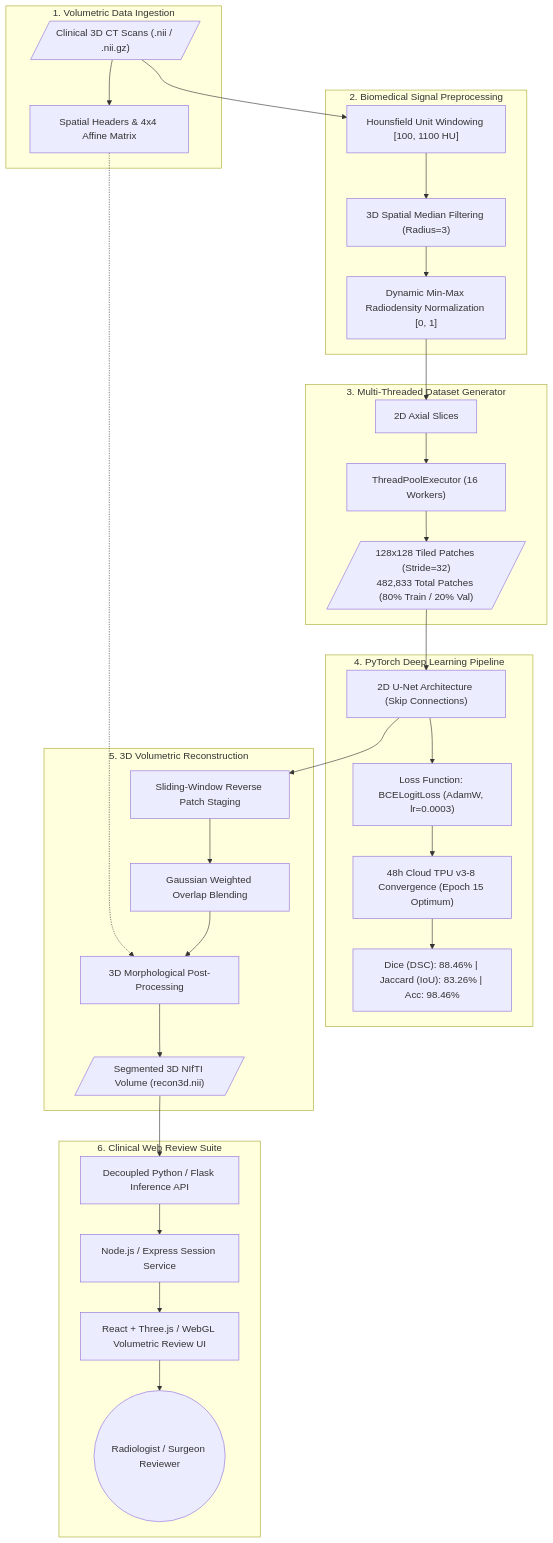
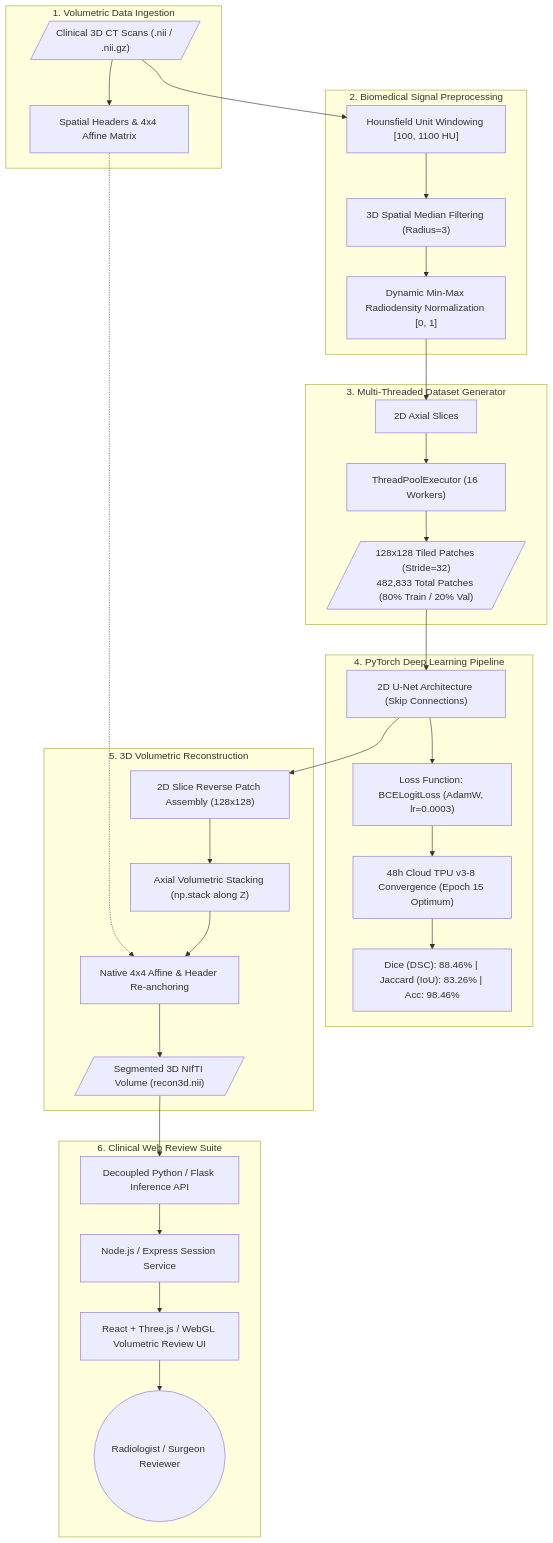
The diagram in diagrams/system-context.mmd (Nawaz393/spine-vertebrae-segmentation-architecture), drawn with Mermaid before and after one commit. The commit also changed 4 other files, not shown here.

```diff
--- a/diagrams/system-context.mmd
+++ b/diagrams/system-context.mmd
@@ -1,59 +1,59 @@
 flowchart TB
     subgraph DataIngestion ["1. Volumetric Data Ingestion"]
         CT[/"Clinical 3D CT Scans (.nii / .nii.gz)"/]
         Headers["Spatial Headers & 4x4 Affine Matrix"]
     end
 
     subgraph PreprocessingPipeline ["2. Biomedical Signal Preprocessing"]
         Windowing["Hounsfield Unit Windowing [100, 1100 HU]"]
         Median["3D Spatial Median Filtering (Radius=3)"]
         Normalize["Dynamic Min-Max Radiodensity Normalization [0, 1]"]
     end
 
     subgraph PatchExtractionEngine ["3. Multi-Threaded Dataset Generator"]
         ThreadTiler["ThreadPoolExecutor (16 Workers)"]
         Slices["2D Axial Slices"]
         Patches[/"128x128 Tiled Patches (Stride=32)<br/>482,833 Total Patches (80% Train / 20% Val)"/]
     end
 
     subgraph DeepLearningEngine ["4. PyTorch Deep Learning Pipeline"]
         UNet["2D U-Net Architecture (Skip Connections)"]
         LossFunc["Loss Function: BCELogitLoss (AdamW, lr=0.0003)"]
         Training["48h Cloud TPU v3-8 Convergence (Epoch 15 Optimum)"]
         Metrics["Dice (DSC): 88.46% | Jaccard (IoU): 83.26% | Acc: 98.46%"]
     end
 
     subgraph ReconstructionEngine ["5. 3D Volumetric Reconstruction"]
-        Stitching["Sliding-Window Reverse Patch Staging"]
-        OverlapVoting["Gaussian Weighted Overlap Blending"]
-        Morphology["3D Morphological Post-Processing"]
+        Stitching["2D Slice Reverse Patch Assembly (128x128)"]
+        Stacking["Axial Volumetric Stacking (np.stack along Z)"]
+        AffinePreserve["Native 4x4 Affine & Header Re-anchoring"]
         NiftiOut[/"Segmented 3D NIfTI Volume (recon3d.nii)"/]
     end
 
     subgraph ClinicalVisualization ["6. Clinical Web Review Suite"]
         FlaskAPI["Decoupled Python / Flask Inference API"]
         NodeBridge["Node.js / Express Session Service"]
         ReactUI["React + Three.js / WebGL Volumetric Review UI"]
         Radiologist(("Radiologist / Surgeon Reviewer"))
     end
 
     CT --> Headers
     CT --> Windowing
     Windowing --> Median
     Median --> Normalize
     Normalize --> Slices
     Slices --> ThreadTiler
     ThreadTiler --> Patches
     Patches --> UNet
     UNet --> LossFunc
     LossFunc --> Training
     Training --> Metrics
     UNet --> Stitching
-    Stitching --> OverlapVoting
-    OverlapVoting --> Morphology
-    Headers -.-> Morphology
-    Morphology --> NiftiOut
+    Stitching --> Stacking
+    Stacking --> AffinePreserve
+    Headers -.-> AffinePreserve
+    AffinePreserve --> NiftiOut
     NiftiOut --> FlaskAPI
     FlaskAPI --> NodeBridge
     NodeBridge --> ReactUI
     ReactUI --> Radiologist
```
